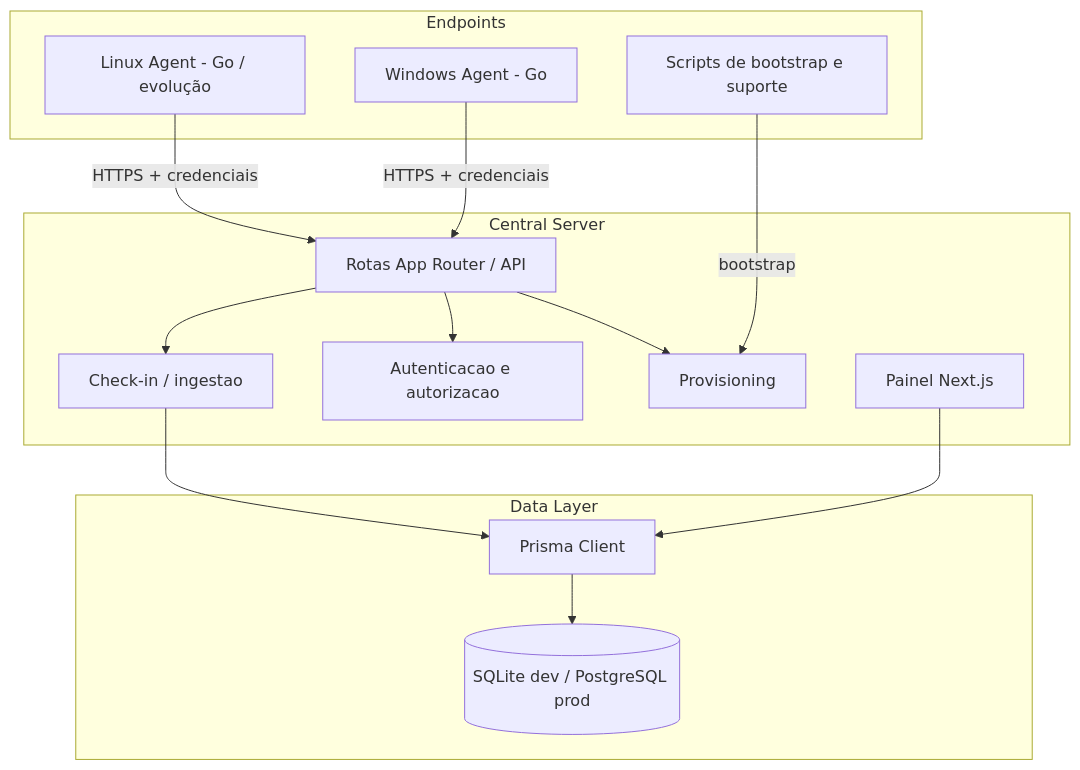
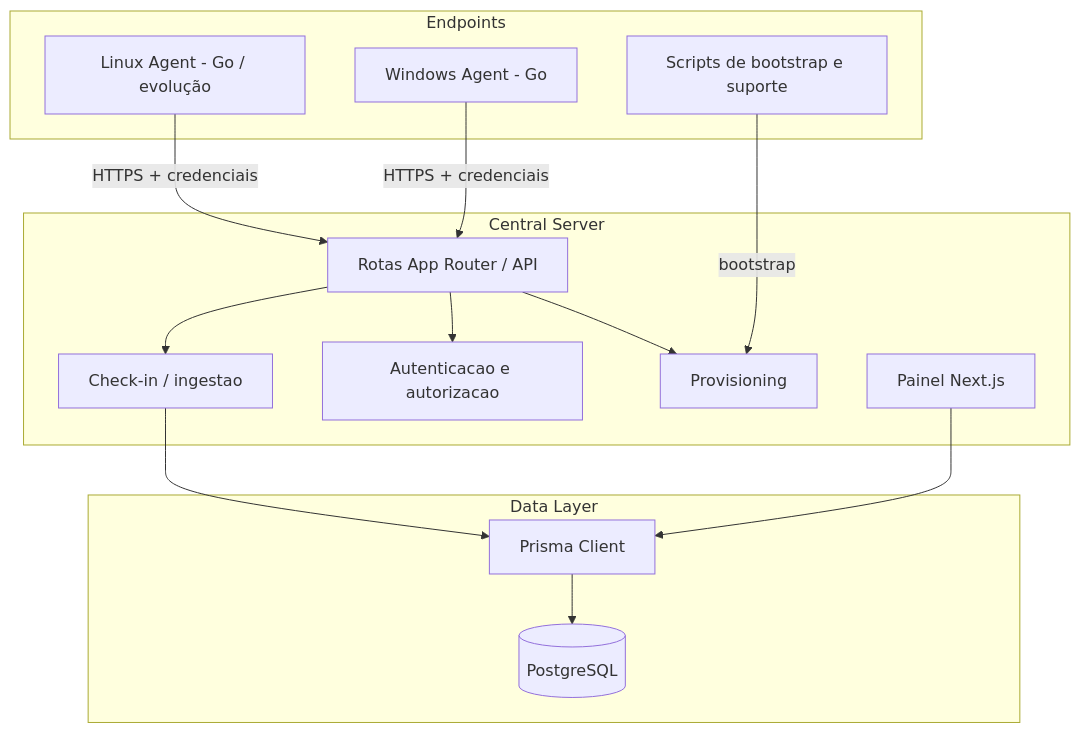
One commit to rodrigoalves022/Inventario changed the diagram in docs/ARCHITECTURE.md. Above: the diagram before and after it, drawn with Mermaid. The commit also changed 6 other files, not shown here.

First line of the commit message:
feat(db): migrar de SQLite para PostgreSQL 16

````diff
--- a/docs/ARCHITECTURE.md
+++ b/docs/ARCHITECTURE.md
@@ -18,31 +18,31 @@
 ```mermaid
 flowchart TD
     subgraph Endpoints
         WA[Windows Agent - Go]
         LA[Linux Agent - Go / evolução]
         LS[Scripts de bootstrap e suporte]
     end
 
     subgraph Central Server
         WEB[Painel Next.js]
         API[Rotas App Router / API]
         AUTH[Autenticacao e autorizacao]
         PROV[Provisioning]
         ING[Check-in / ingestao]
     end
 
     subgraph Data Layer
         PRISMA[Prisma Client]
-        DB[(SQLite dev / PostgreSQL prod)]
+        DB[(PostgreSQL)]
     end
 
     WA -->|HTTPS + credenciais| API
     LA -->|HTTPS + credenciais| API
     LS -->|bootstrap| PROV
     WEB --> PRISMA
     API --> AUTH
     API --> PROV
     API --> ING
     ING --> PRISMA
     PRISMA --> DB
 ```
````
